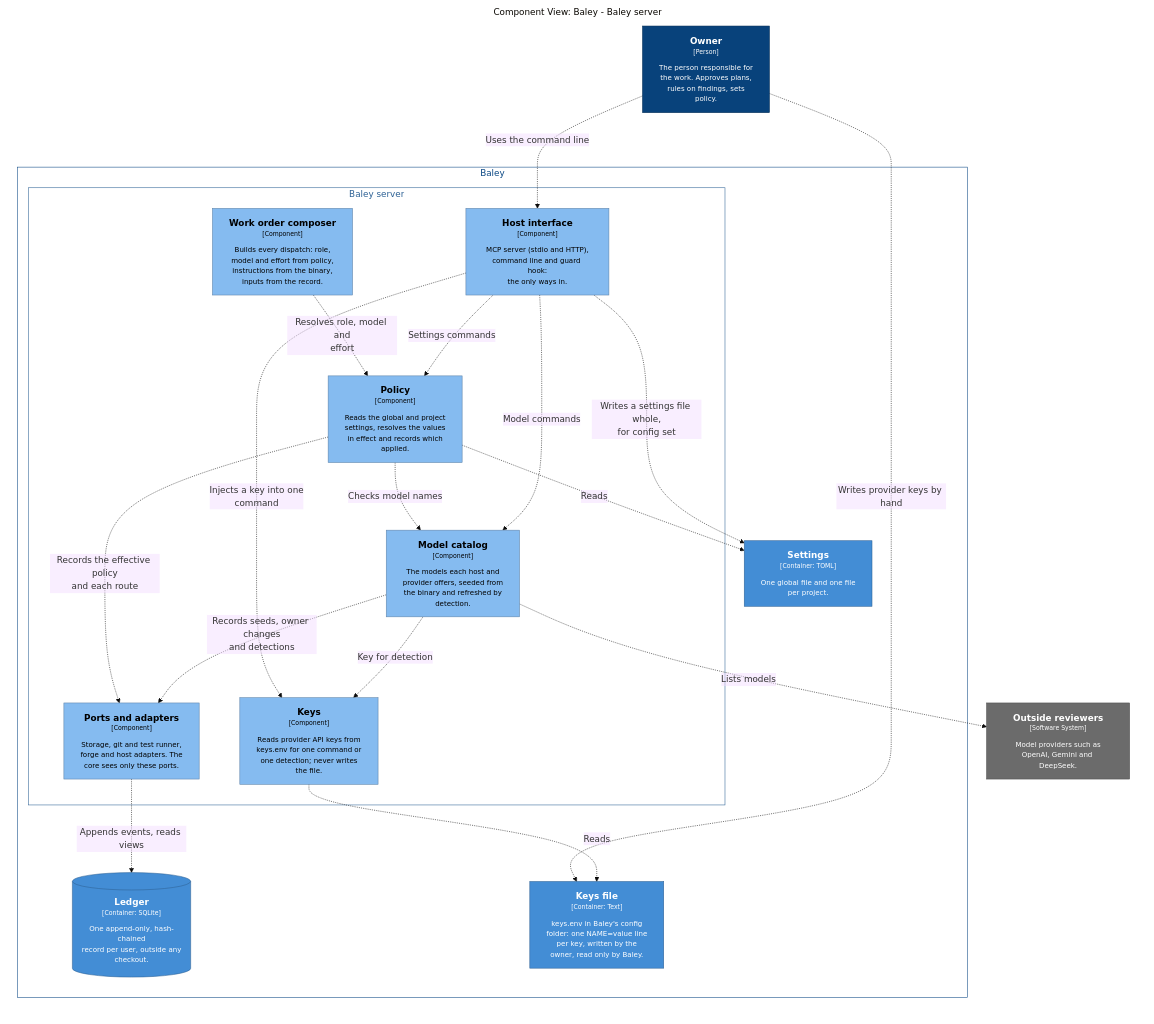
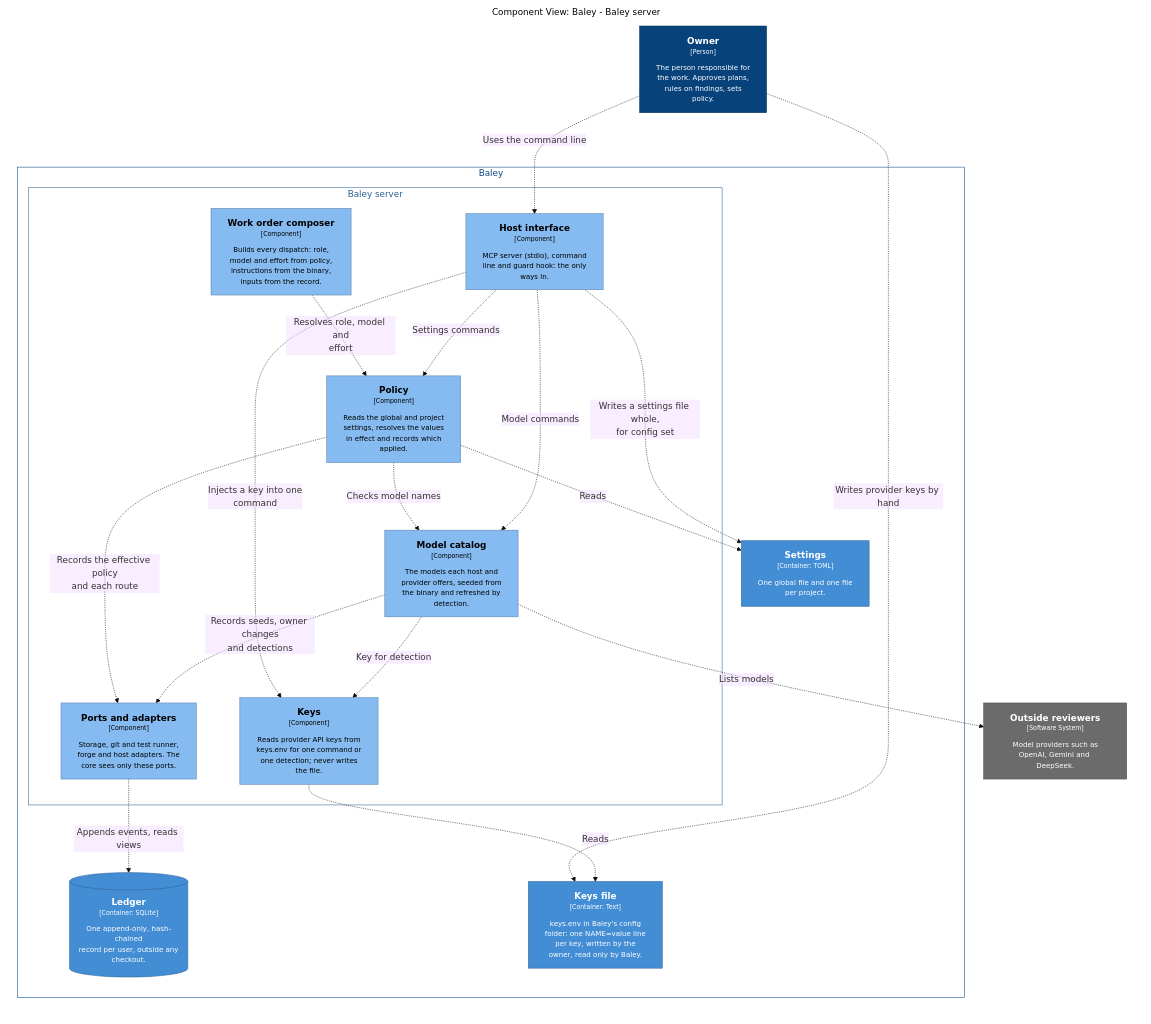
The first of 7 diagrams in docs/design/0003-configuration-and-routing.md (crenshawdev/baley), drawn with Mermaid (base theme) before and after one commit. The commit also changed 2 other files, not shown here.

Commit message:
docs(design): show one stdio server per session in the C4 model
The server container, the host interface and the host's relation now
say stdio only. The views in 0002 and 0003 are regenerated, and the
captions and the host interface row match.

````diff
--- a/docs/design/0003-configuration-and-routing.md
+++ b/docs/design/0003-configuration-and-routing.md
@@ -28,59 +28,59 @@
 ```mermaid
 graph LR
   linkStyle default fill:none
 
   subgraph diagram ["Component View: Baley - Baley server"]
     style diagram fill:none,stroke:none
 
     1["<div style='font-weight: bold'>Owner</div><div style='font-size: 70%; margin-top: 0px'>[Person]</div><div style='font-size: 80%; margin-top:10px'>The person responsible for<br />the work. Approves plans,<br />rules on findings, sets<br />policy.</div>"]
     style 1 fill:#08427b,stroke:#052e56,color:#ffffff
 
     18["<div style='font-weight: bold'>Outside reviewers</div><div style='font-size: 70%; margin-top: 0px'>[Software System]</div><div style='font-size: 80%; margin-top:10px'>Model providers such as<br />OpenAI, Gemini and DeepSeek.</div>"]
     style 18 fill:#6b6b6b,stroke:#4d4d4d,color:#ffffff
 
     subgraph 2 ["Baley"]
       style 2 fill:none,stroke:#0b4884,color:#0b4884
 
       subgraph 3 ["Baley server"]
         style 3 fill:none,stroke:#2e6295,color:#2e6295
 
         10["<div style='font-weight: bold'>Model catalog</div><div style='font-size: 70%; margin-top: 0px'>[Component]</div><div style='font-size: 80%; margin-top:10px'>The models each host and<br />provider offers, seeded from<br />the binary and refreshed by<br />detection.</div>"]
         style 10 fill:#85bbf0,stroke:#5d82a8,color:#000000
         11["<div style='font-weight: bold'>Ports and adapters</div><div style='font-size: 70%; margin-top: 0px'>[Component]</div><div style='font-size: 80%; margin-top:10px'>Storage, git and test runner,<br />forge and host adapters. The<br />core sees only these ports.</div>"]
         style 11 fill:#85bbf0,stroke:#5d82a8,color:#000000
-        4["<div style='font-weight: bold'>Host interface</div><div style='font-size: 70%; margin-top: 0px'>[Component]</div><div style='font-size: 80%; margin-top:10px'>MCP server (stdio and HTTP),<br />command line and guard hook:<br />the only ways in.</div>"]
+        4["<div style='font-weight: bold'>Host interface</div><div style='font-size: 70%; margin-top: 0px'>[Component]</div><div style='font-size: 80%; margin-top:10px'>MCP server (stdio), command<br />line and guard hook: the only<br />ways in.</div>"]
         style 4 fill:#85bbf0,stroke:#5d82a8,color:#000000
         7["<div style='font-weight: bold'>Work order composer</div><div style='font-size: 70%; margin-top: 0px'>[Component]</div><div style='font-size: 80%; margin-top:10px'>Builds every dispatch: role,<br />model and effort from policy,<br />instructions from the binary,<br />inputs from the record.</div>"]
         style 7 fill:#85bbf0,stroke:#5d82a8,color:#000000
         8["<div style='font-weight: bold'>Policy</div><div style='font-size: 70%; margin-top: 0px'>[Component]</div><div style='font-size: 80%; margin-top:10px'>Reads the global and project<br />settings, resolves the values<br />in effect and records which<br />applied.</div>"]
         style 8 fill:#85bbf0,stroke:#5d82a8,color:#000000
         9["<div style='font-weight: bold'>Keys</div><div style='font-size: 70%; margin-top: 0px'>[Component]</div><div style='font-size: 80%; margin-top:10px'>Reads provider API keys from<br />keys.env for one command or<br />one detection; never writes<br />the file.</div>"]
         style 9 fill:#85bbf0,stroke:#5d82a8,color:#000000
       end
 
       12[("<div style='font-weight: bold'>Ledger</div><div style='font-size: 70%; margin-top: 0px'>[Container: SQLite]</div><div style='font-size: 80%; margin-top:10px'>One append-only, hash-chained<br />record per user, outside any<br />checkout.</div>")]
       style 12 fill:#438dd5,stroke:#2e6295,color:#ffffff
       13["<div style='font-weight: bold'>Settings</div><div style='font-size: 70%; margin-top: 0px'>[Container: TOML]</div><div style='font-size: 80%; margin-top:10px'>One global file and one file<br />per project.</div>"]
       style 13 fill:#438dd5,stroke:#2e6295,color:#ffffff
       14["<div style='font-weight: bold'>Keys file</div><div style='font-size: 70%; margin-top: 0px'>[Container: Text]</div><div style='font-size: 80%; margin-top:10px'>keys.env in Baley's config<br />folder: one NAME=value line<br />per key, written by the<br />owner, read only by Baley.</div>"]
       style 14 fill:#438dd5,stroke:#2e6295,color:#ffffff
     end
 
     1-. "<div>Uses the command line</div><div style='font-size: 70%'></div>" .->4
     1-. "<div>Writes provider keys by hand</div><div style='font-size: 70%'></div>" .->14
     7-. "<div>Resolves role, model and<br />effort</div><div style='font-size: 70%'></div>" .->8
     8-. "<div>Reads</div><div style='font-size: 70%'></div>" .->13
     4-. "<div>Writes a settings file whole,<br />for config set</div><div style='font-size: 70%'></div>" .->13
     8-. "<div>Checks model names</div><div style='font-size: 70%'></div>" .->10
     8-. "<div>Records the effective policy<br />and each route</div><div style='font-size: 70%'></div>" .->11
     4-. "<div>Settings commands</div><div style='font-size: 70%'></div>" .->8
     4-. "<div>Model commands</div><div style='font-size: 70%'></div>" .->10
     4-. "<div>Injects a key into one<br />command</div><div style='font-size: 70%'></div>" .->9
     9-. "<div>Reads</div><div style='font-size: 70%'></div>" .->14
     10-. "<div>Key for detection</div><div style='font-size: 70%'></div>" .->9
     10-. "<div>Lists models</div><div style='font-size: 70%'></div>" .->18
     10-. "<div>Records seeds, owner changes<br />and detections</div><div style='font-size: 70%'></div>" .->11
     11-. "<div>Appends events, reads views</div><div style='font-size: 70%'></div>" .->12
 
   end
 ```
````
